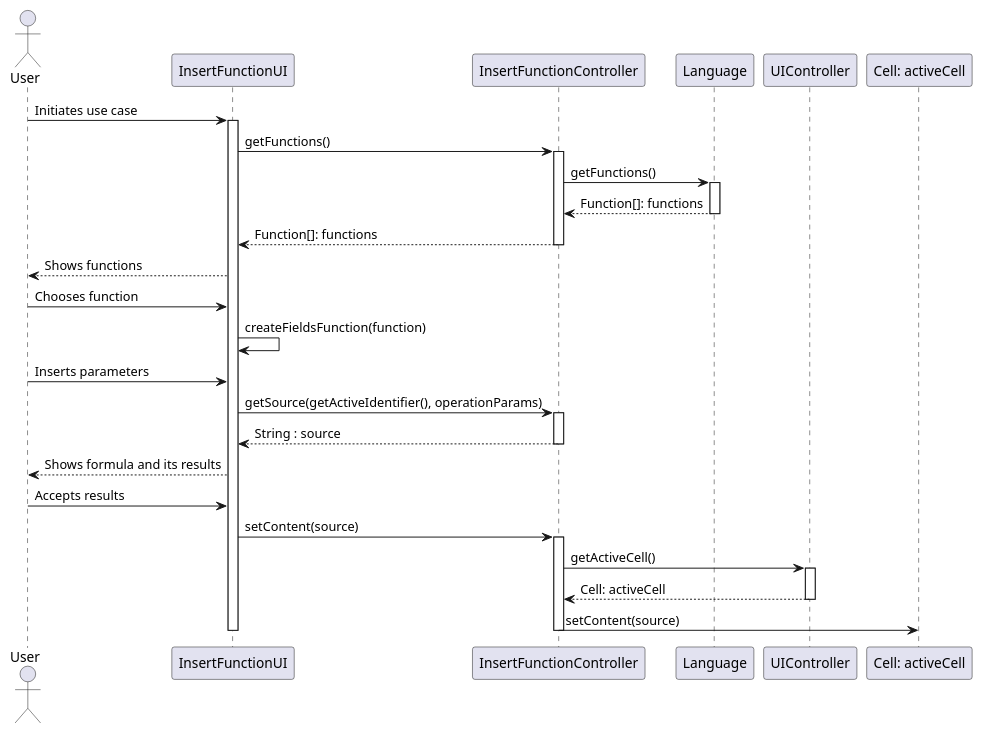
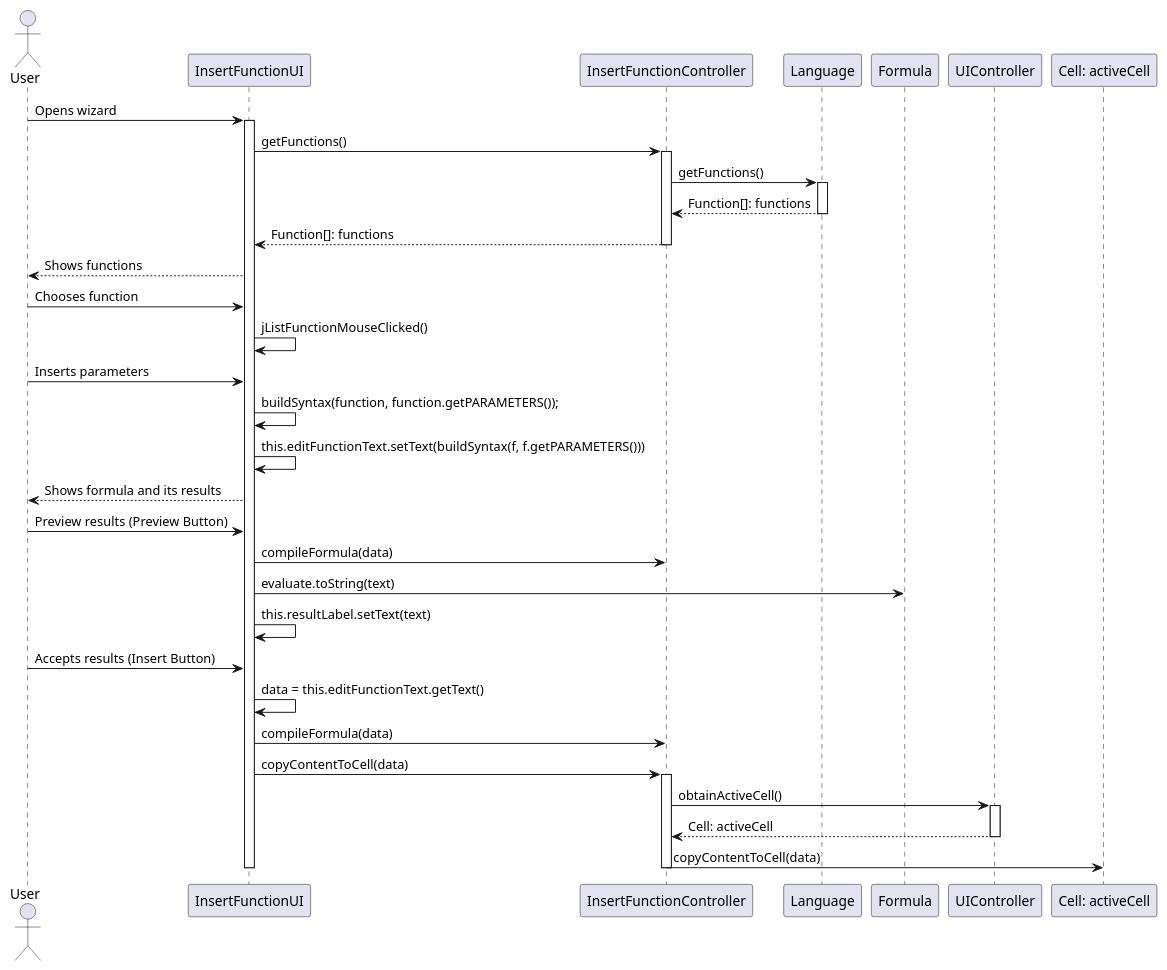
One commit to PeFerreira98/ISEP.Lic.LAPR4_2017 changed the diagram in src/main/java/lapr4/green/s3/lang/n1130626/intermediatewizard/lang04.2_design_part1.puml. Above: the diagram before and after it, drawn with PlantUML.

Commit message:
#LAPR4E17DL-210 #comment Design updated #time 1h

```diff
--- a/src/main/java/lapr4/green/s3/lang/n1130626/intermediatewizard/lang04.2_design_part1.puml
+++ b/src/main/java/lapr4/green/s3/lang/n1130626/intermediatewizard/lang04.2_design_part1.puml
@@ -1,40 +1,45 @@
 @startuml lang04.2_design_part1.png
 
 actor User
 participant "InsertFunctionUI" as ui
 participant "InsertFunctionController" as ctrl
 participant "Language" as lang
+participant "Formula" as form
 participant "UIController" as uic
 participant "Cell: activeCell" as cell
 
-User -> ui : Initiates use case
+User -> ui : Opens wizard
 activate ui
 ui -> ctrl : getFunctions()
 activate ctrl
 ctrl -> lang : getFunctions()
 activate lang
 lang --> ctrl : Function[]: functions
 deactivate lang
 ctrl --> ui : Function[]: functions
 deactivate ctrl
 ui --> User : Shows functions
 User -> ui : Chooses function
-ui -> ui : createFieldsFunction(function)
+ui -> ui : jListFunctionMouseClicked()
 User -> ui : Inserts parameters
-ui -> ctrl : getSource(getActiveIdentifier(), operationParams)
+ui -> ui : buildSyntax(function, function.getPARAMETERS());
+ui -> ui : this.editFunctionText.setText(buildSyntax(f, f.getPARAMETERS()))
+ui --> User : Shows formula and its results
+User -> ui : Preview results (Preview Button)
+ui -> ctrl : compileFormula(data)
+ui -> form : evaluate.toString(text)
+ui -> ui : this.resultLabel.setText(text)
+User -> ui : Accepts results (Insert Button)
+ui -> ui : data = this.editFunctionText.getText()
+ui -> ctrl : compileFormula(data)
+ui -> ctrl : copyContentToCell(data)
 activate ctrl
-ctrl --> ui : String : source
-deactivate ctrl
-ui --> User : Shows formula and its results
-User -> ui : Accepts results
-ui -> ctrl : setContent(source)
-activate ctrl
-ctrl -> uic : getActiveCell()
+ctrl -> uic : obtainActiveCell()
 activate uic
 uic --> ctrl : Cell: activeCell
 deactivate uic
-ctrl -> cell : setContent(source)
+ctrl -> cell : copyContentToCell(data)
 deactivate ctrl
 deactivate ui
 
 @enduml
```
